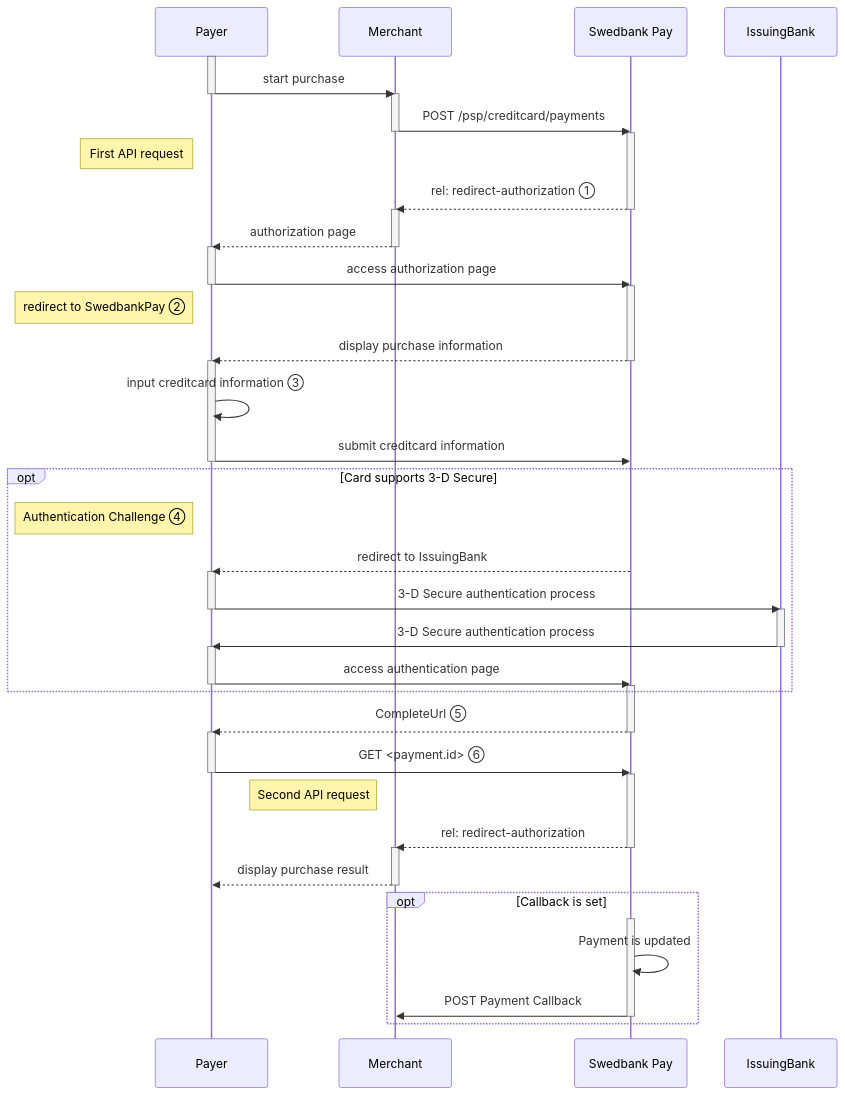
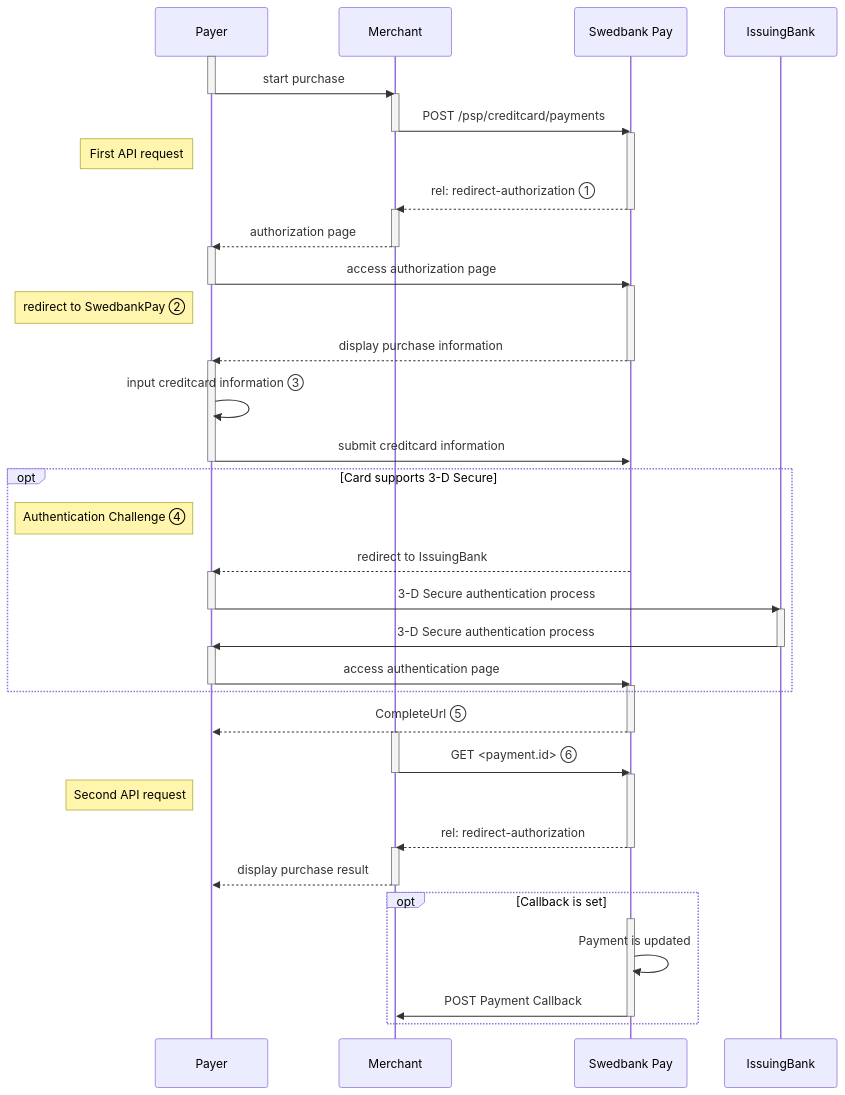
One commit to SwedbankPay/developer.swedbankpay.com changed the diagram in payments/card/redirect.md. Above: the diagram before and after it, drawn with Mermaid.

Commit message:
dx-858 fixed GET request in seq diagram Card Redirect

````diff
--- a/payments/card/redirect.md
+++ b/payments/card/redirect.md
@@ -83,51 +83,51 @@
 ```mermaid
 sequenceDiagram
     participant Payer
     participant Merchant
     participant SwedbankPay as Swedbank Pay
 
     activate Payer
     Payer->>-Merchant: start purchase
     activate Merchant
     Merchant->>-SwedbankPay: POST /psp/creditcard/payments
     activate SwedbankPay
     note left of Payer: First API request
     SwedbankPay-->>-Merchant: rel: redirect-authorization ①
     activate Merchant
     Merchant-->>-Payer: authorization page
     activate Payer
     Payer->>-SwedbankPay: access authorization page
     activate SwedbankPay
     note left of Payer: redirect to SwedbankPay ②
     SwedbankPay-->>-Payer: display purchase information
     activate Payer
     Payer->>Payer: input creditcard information ③
     Payer->>-SwedbankPay: submit creditcard information
 
         opt Card supports 3-D Secure
         note left of Payer: Authentication Challenge ④
         SwedbankPay-->>Payer: redirect to IssuingBank
         activate Payer
         Payer->>-IssuingBank: 3-D Secure authentication process
         activate IssuingBank
         IssuingBank->>-Payer: 3-D Secure authentication process
         activate Payer
         Payer->>-SwedbankPay: access authentication page
         activate SwedbankPay
         end
 
     SwedbankPay-->>-Payer: CompleteUrl ⑤
-    activate Payer
-    Payer->>-SwedbankPay: GET <payment.id> ⑥
+    activate Merchant
+    Merchant->>-SwedbankPay: GET <payment.id> ⑥
     activate SwedbankPay
-    note left of Merchant: Second API request
+    note left of Payer: Second API request
     SwedbankPay-->>-Merchant: rel: redirect-authorization
     activate Merchant
     Merchant-->>-Payer: display purchase result
 
         opt Callback is set
         activate SwedbankPay
         SwedbankPay->>SwedbankPay: Payment is updated
         SwedbankPay->>-Merchant: POST Payment Callback
         end
 ```
````
